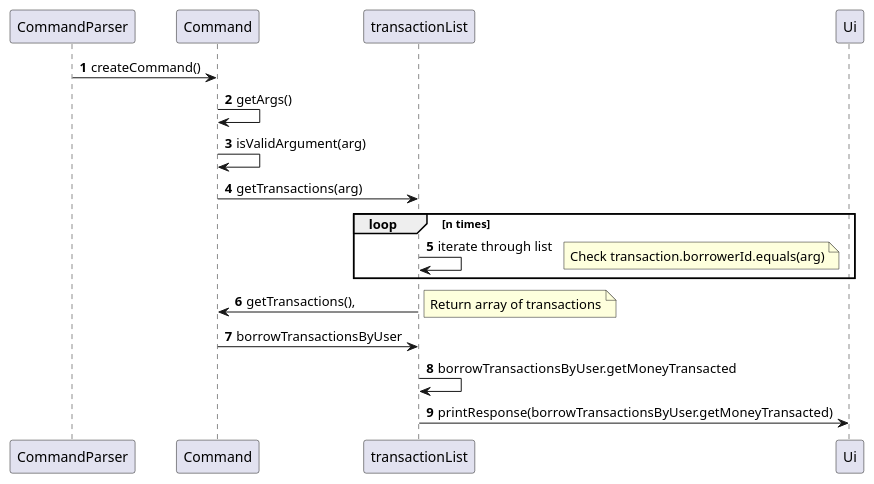
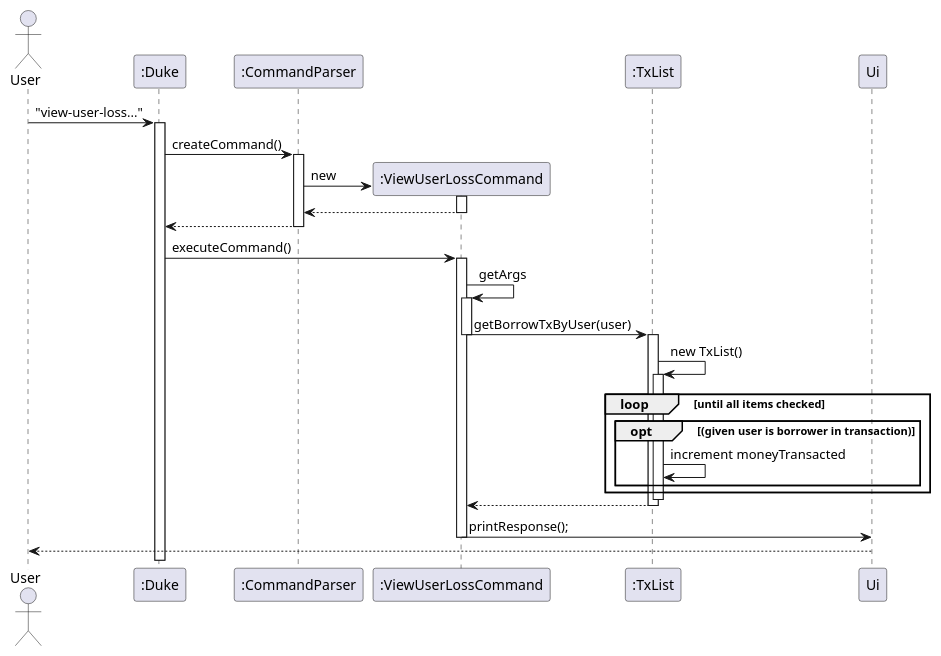
The diagram in docs/diagrams/transaction/ViewUserLossCommand.puml (nus-cs2113-AY2223S1/tp), drawn with PlantUML before and after one commit. The commit also changed 6 other files, not shown here.

Commit message:
updated diagrams in DG

```diff
--- a/docs/diagrams/transaction/ViewUserLossCommand.puml
+++ b/docs/diagrams/transaction/ViewUserLossCommand.puml
@@ -1,24 +1,36 @@
 @startuml
 'https://plantuml.com/sequence-diagram
 
-autonumber
+Actor User
+"User" -> ":Duke": "view-user-loss..."
+activate ":Duke"
+":Duke" -> ":CommandParser": createCommand()
+activate ":CommandParser"
+":CommandParser" -> ":ViewUserLossCommand"**: new
+activate ":ViewUserLossCommand"
+return
+":CommandParser" --> ":Duke"
+deactivate
 
-CommandParser -> Command: createCommand()
-Command -> Command: getArgs()
-Command -> Command: isValidArgument(arg)
+":Duke" -> ":ViewUserLossCommand" : executeCommand()
+activate ":ViewUserLossCommand"
+":ViewUserLossCommand" -> ":ViewUserLossCommand" : getArgs
+activate ":ViewUserLossCommand"
+":ViewUserLossCommand" -> ":TxList" : getBorrowTxByUser(user)
+deactivate ":ViewUserLossCommand"
+activate ":TxList"
+":TxList" -> ":TxList" : new TxList()
+activate ":TxList"
+    loop until all items checked
+        opt (given user is borrower in transaction)
+            ":TxList" -> ":TxList" : increment moneyTransacted
+        end
+    end
+deactivate ":TxList"
+":TxList" --> ":ViewUserLossCommand"
+deactivate ":TxList"
+":ViewUserLossCommand" -> "Ui": printResponse();
+deactivate ":ViewUserLossCommand"
+Ui --> User:
 
-Command -> transactionList: getTransactions(arg)
-loop n times
-transactionList -> transactionList: iterate through list
-note right
-Check transaction.borrowerId.equals(arg)
-end note
-end
-transactionList -> Command: getTransactions(),
-note right
-Return array of transactions
-end note
-Command -> transactionList: borrowTransactionsByUser
-transactionList -> transactionList: borrowTransactionsByUser.getMoneyTransacted
-transactionList -> Ui: printResponse(borrowTransactionsByUser.getMoneyTransacted)
 @enduml
```
